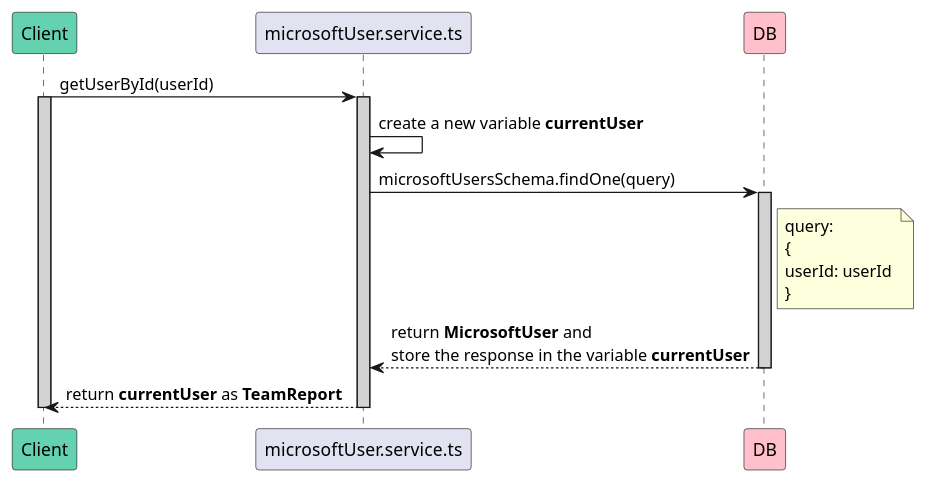
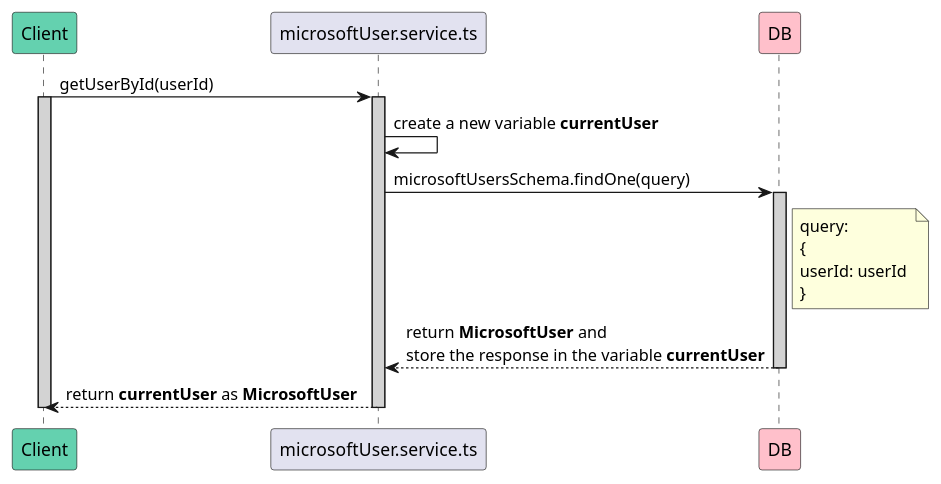
Before and after one commit to avasoft-mobility/workday-design: the diagram in backend/shared_services_design/get_user_by_id.services.user.puml, drawn with PlantUML.

Commit message:
Change return response of getUserById

```diff
--- a/backend/shared_services_design/get_user_by_id.services.user.puml
+++ b/backend/shared_services_design/get_user_by_id.services.user.puml
@@ -1,21 +1,21 @@
 @startuml getUserById
 participant Client #64D1AF
 participant microsoftUser.service.ts
 participant DB #FFC0CB
 
 Client -> microsoftUser.service.ts : getUserById(userId)
 activate Client #D3D3D3
 activate microsoftUser.service.ts #D3D3D3   
 
 microsoftUser.service.ts -> microsoftUser.service.ts: create a new variable **currentUser**
 
 microsoftUser.service.ts -> DB: microsoftUsersSchema.findOne(query)
 activate DB #D3D3D3
 note right of DB: query: \n{\nuserId: userId \n}
 
 DB --> microsoftUser.service.ts: return **MicrosoftUser** and \nstore the response in the variable **currentUser**
 deactivate DB
-microsoftUser.service.ts --> Client: return **currentUser** as **TeamReport**
+microsoftUser.service.ts --> Client: return **currentUser** as **MicrosoftUser**
 deactivate microsoftUser.service.ts
 deactivate Client
 @enduml
```
